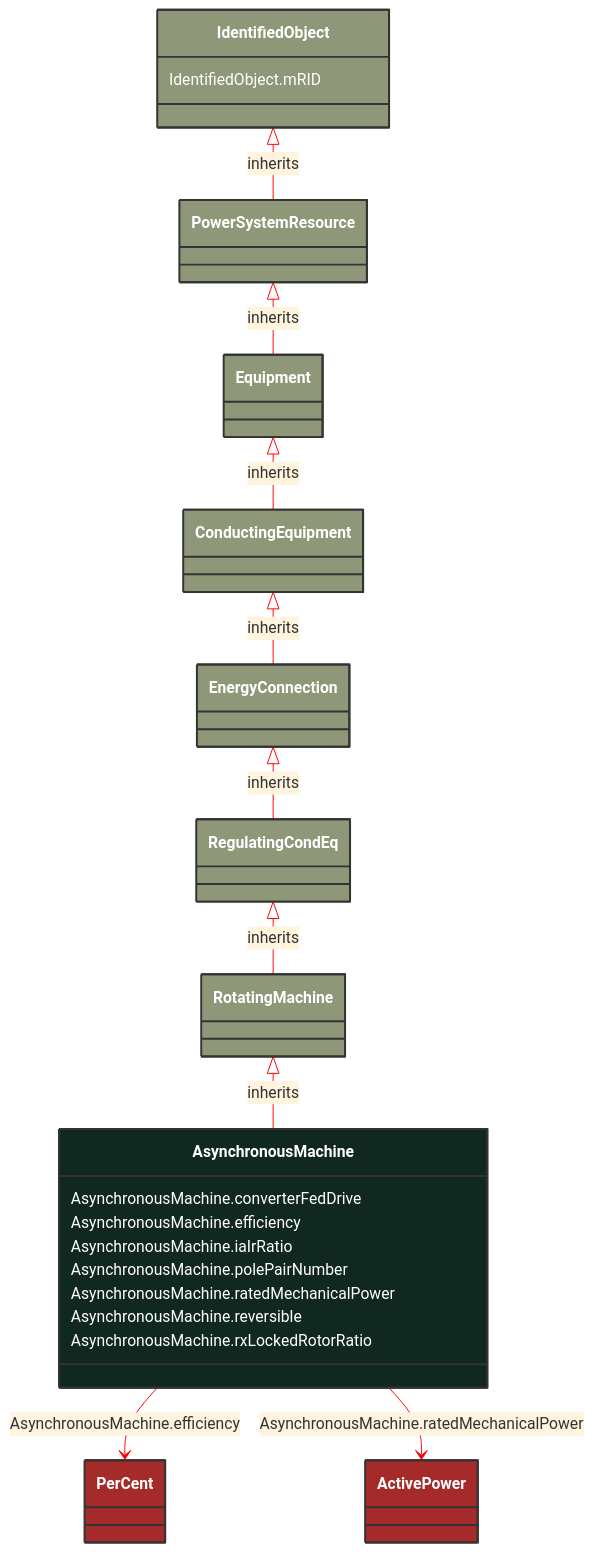
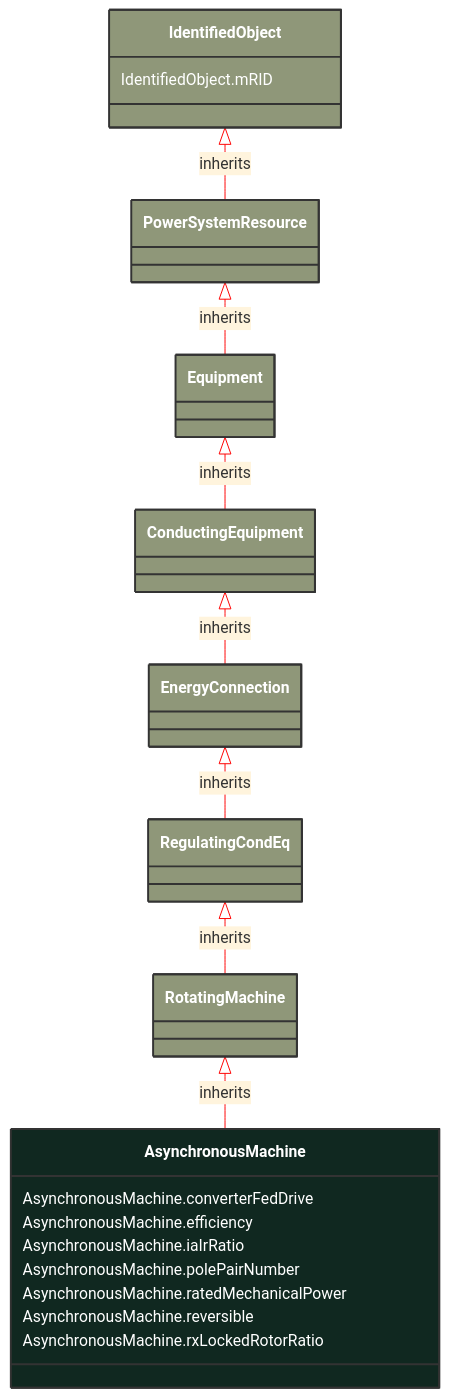
The diagram in docs/Models/Profiles/ShortCircuit/ConcreteClasses/AsynchronousMachine.md (3lbits/NoCIMExtensions), drawn with Mermaid before and after one commit. The commit also changed other lines of this file and 397 other files, not shown here.

First line of the commit message:
Refactor CIM schemas to introduce abstract classes and consolidate data types

````diff
--- a/docs/Models/Profiles/ShortCircuit/ConcreteClasses/AsynchronousMachine.md
+++ b/docs/Models/Profiles/ShortCircuit/ConcreteClasses/AsynchronousMachine.md
@@ -8,56 +8,46 @@
 ```mermaid
 %%{init: {'theme':'base','themeVariables': {'lineColor': '#FF0000'}}}%%
 classDiagram
     class AsynchronousMachine
     click AsynchronousMachine href "/Models/Profiles/ShortCircuit/ConcreteClasses/AsynchronousMachine/"
     style AsynchronousMachine fill:#102820,stroke:#333,stroke-width:2px,rx:10,ry:10,color:white
      
         RotatingMachine <|-- AsynchronousMachine : inherits
-            click RotatingMachine href "/Models/Profiles/ShortCircuit/ConcreteClasses/RotatingMachine/"
+            click RotatingMachine href "/Models/Profiles/ShortCircuit/AbstractClasses/RotatingMachine/"
             style RotatingMachine fill:#8F9779,stroke:#333,stroke-width:2px,rx:10,ry:10,color:white
      
         RegulatingCondEq <|-- RotatingMachine : inherits
-            click RegulatingCondEq href "/Models/Profiles/ShortCircuit/ConcreteClasses/RegulatingCondEq/"
+            click RegulatingCondEq href "/Models/Profiles/ShortCircuit/AbstractClasses/RegulatingCondEq/"
             style RegulatingCondEq fill:#8F9779,stroke:#333,stroke-width:2px,rx:10,ry:10,color:white
      
         EnergyConnection <|-- RegulatingCondEq : inherits
-            click EnergyConnection href "/Models/Profiles/ShortCircuit/ConcreteClasses/EnergyConnection/"
+            click EnergyConnection href "/Models/Profiles/ShortCircuit/AbstractClasses/EnergyConnection/"
             style EnergyConnection fill:#8F9779,stroke:#333,stroke-width:2px,rx:10,ry:10,color:white
      
         ConductingEquipment <|-- EnergyConnection : inherits
-            click ConductingEquipment href "/Models/Profiles/ShortCircuit/ConcreteClasses/ConductingEquipment/"
+            click ConductingEquipment href "/Models/Profiles/ShortCircuit/AbstractClasses/ConductingEquipment/"
             style ConductingEquipment fill:#8F9779,stroke:#333,stroke-width:2px,rx:10,ry:10,color:white
      
         Equipment <|-- ConductingEquipment : inherits
-            click Equipment href "/Models/Profiles/ShortCircuit/ConcreteClasses/Equipment/"
+            click Equipment href "/Models/Profiles/ShortCircuit/AbstractClasses/Equipment/"
             style Equipment fill:#8F9779,stroke:#333,stroke-width:2px,rx:10,ry:10,color:white
      
         PowerSystemResource <|-- Equipment : inherits
-            click PowerSystemResource href "/Models/Profiles/ShortCircuit/ConcreteClasses/PowerSystemResource/"
+            click PowerSystemResource href "/Models/Profiles/ShortCircuit/AbstractClasses/PowerSystemResource/"
             style PowerSystemResource fill:#8F9779,stroke:#333,stroke-width:2px,rx:10,ry:10,color:white
      
         IdentifiedObject <|-- PowerSystemResource : inherits
-            click IdentifiedObject href "/Models/Profiles/ShortCircuit/ConcreteClasses/IdentifiedObject/"
+            click IdentifiedObject href "/Models/Profiles/ShortCircuit/AbstractClasses/IdentifiedObject/"
             style IdentifiedObject fill:#8F9779,stroke:#333,stroke-width:2px,rx:10,ry:10,color:white
 
-        AsynchronousMachine --> PerCent : AsynchronousMachine.efficiency
-
-        PerCent
-            click PerCent href "/Models/Profiles/ShortCircuit/ConcreteClasses/PerCent/"
-            style PerCent fill:#A52A2A,stroke:#333,stroke-width:2px,rx:10,ry:10,color:white
-        AsynchronousMachine --> ActivePower : AsynchronousMachine.ratedMechanicalPower
-
-        ActivePower
-            click ActivePower href "/Models/Profiles/ShortCircuit/ConcreteClasses/ActivePower/"
-            style ActivePower fill:#A52A2A,stroke:#333,stroke-width:2px,rx:10,ry:10,color:white
 
 
         AsynchronousMachine : AsynchronousMachine.converterFedDrive
         AsynchronousMachine : AsynchronousMachine.efficiency
         AsynchronousMachine : AsynchronousMachine.iaIrRatio
         AsynchronousMachine : AsynchronousMachine.polePairNumber
         AsynchronousMachine : AsynchronousMachine.ratedMechanicalPower
         AsynchronousMachine : AsynchronousMachine.reversible
         AsynchronousMachine : AsynchronousMachine.rxLockedRotorRatio
         IdentifiedObject : IdentifiedObject.mRID
 ```
````
